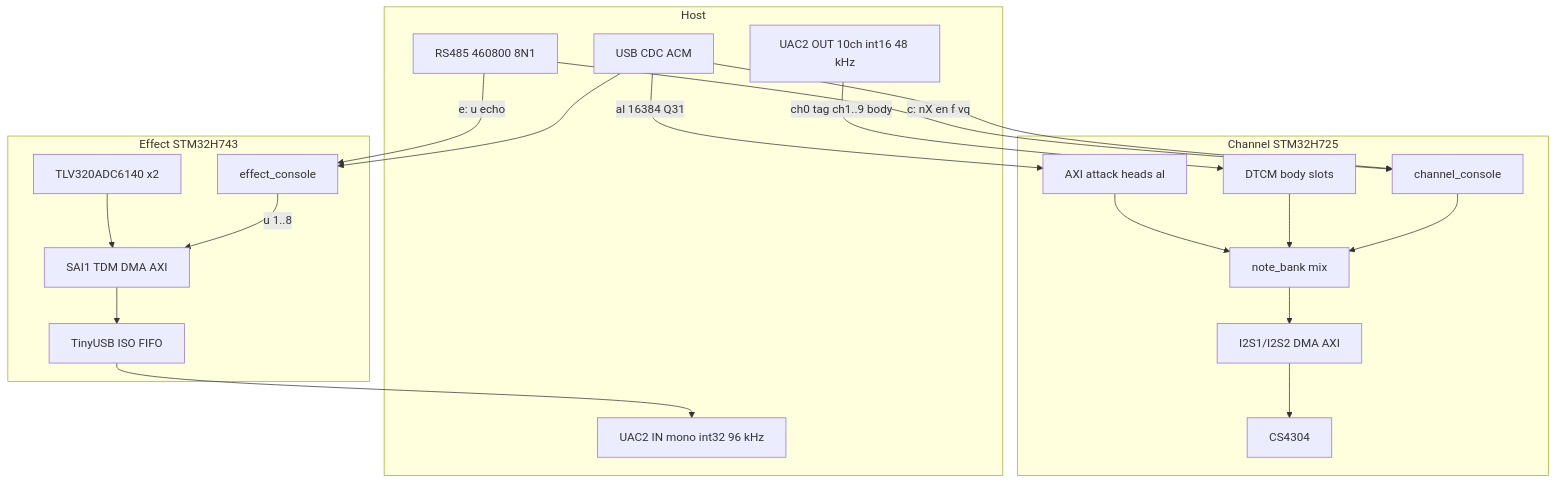
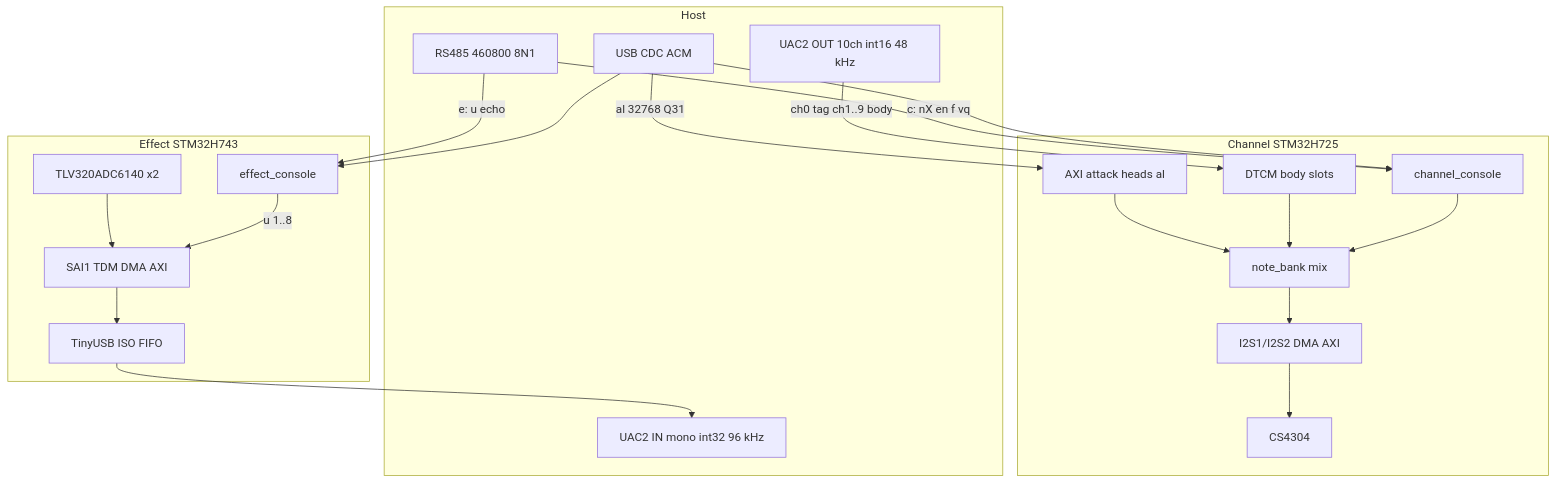
Before and after one commit to narendrabhatt-freshwater/firmware: the first of 5 diagrams in docs/diagrams/card_data_flow.md, drawn with Mermaid. The commit also changed other lines of this file and 9 other files, not shown here.

````diff
--- a/docs/diagrams/card_data_flow.md
+++ b/docs/diagrams/card_data_flow.md
@@ -17,38 +17,38 @@
 ```mermaid
 flowchart TB
   subgraph host [Host]
     RS485[RS485 460800 8N1]
     CDC[USB CDC ACM]
     UacOut[UAC2 OUT 10ch int16 48 kHz]
     UacIn[UAC2 IN mono int32 96 kHz]
   end
 
   subgraph ch [Channel STM32H725]
     ChCon[channel_console]
     ChAtk[AXI attack heads al]
     ChRing[DTCM body slots]
     ChMix[note_bank mix]
     ChI2S[I2S1/I2S2 DMA AXI]
     ChDac[CS4304]
   end
 
   subgraph fx [Effect STM32H743]
     FxCon[effect_console]
     FxSai[SAI1 TDM DMA AXI]
     FxAdc[TLV320ADC6140 x2]
     FxFifo[TinyUSB ISO FIFO]
   end
 
   RS485 -->|"c: nX en f vq"| ChCon
   RS485 -->|"e: u echo"| FxCon
-  CDC -->|"al 16384 Q31"| ChAtk
+  CDC -->|"al 32768 Q31"| ChAtk
   CDC --> ChCon
   CDC --> FxCon
   UacOut -->|"ch0 tag ch1..9 body"| ChRing
   ChAtk --> ChMix
   ChRing --> ChMix
   ChCon --> ChMix
   ChMix --> ChI2S --> ChDac
   FxAdc --> FxSai --> FxFifo --> UacIn
   FxCon -->|"u 1..8"| FxSai
 ```
````
